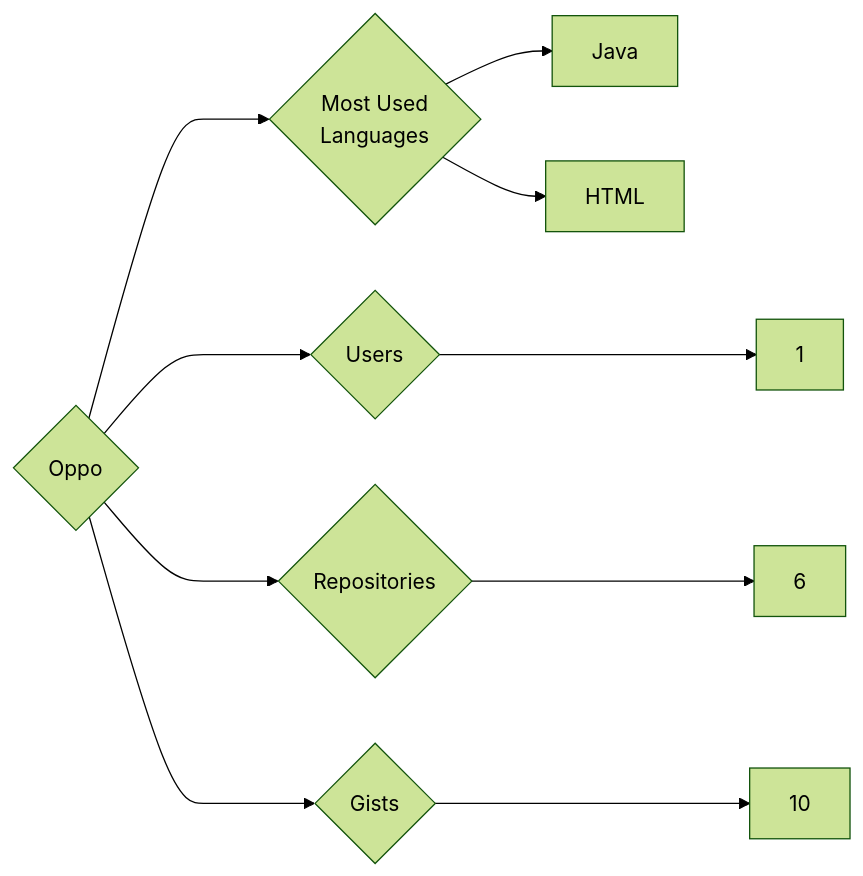
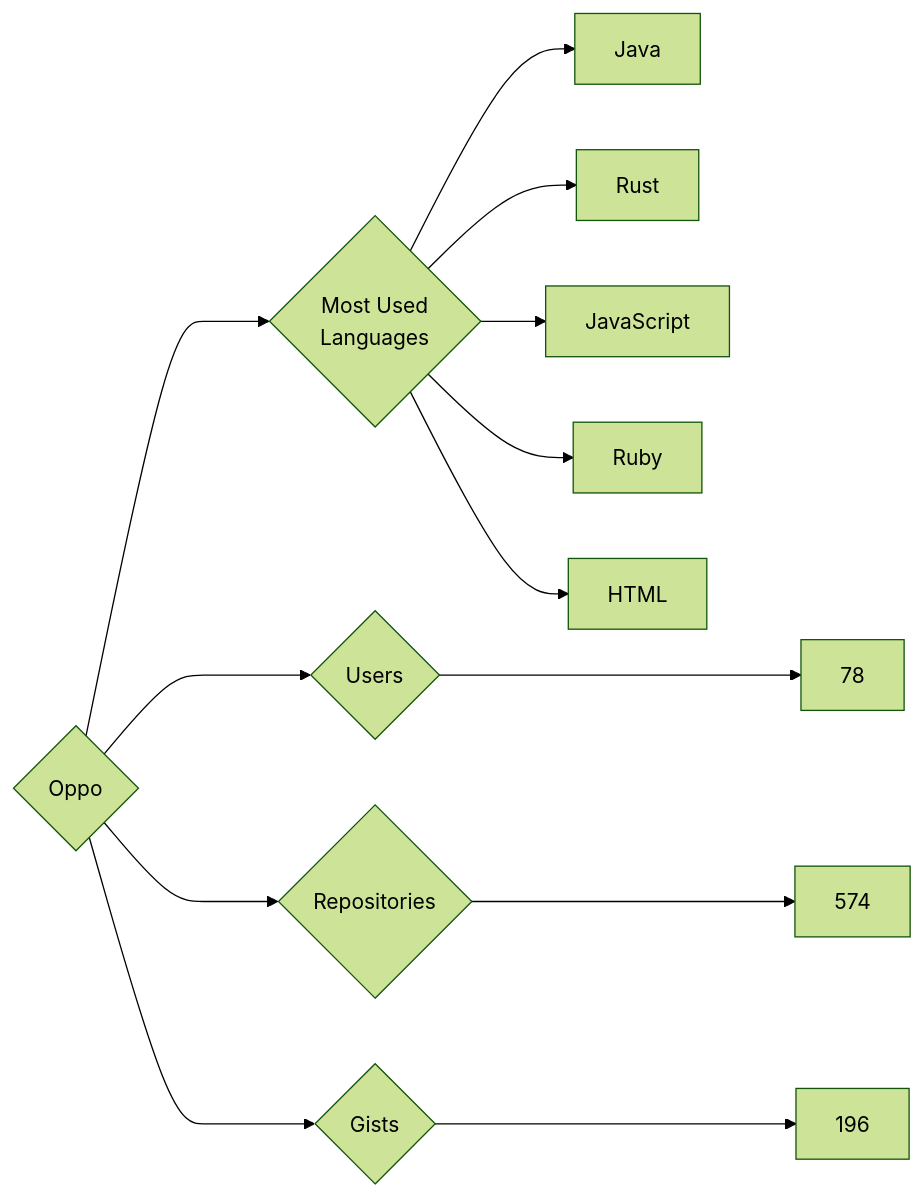
The diagram in targets/Oppo/README.md (trickest/insiders), drawn with Mermaid (forest theme) before and after one commit. The commit also changed 773 other files, not shown here.

````diff
--- a/targets/Oppo/README.md
+++ b/targets/Oppo/README.md
@@ -3,10 +3,13 @@
 ```mermaid
 graph LR
 COMPANY_NAME{Oppo}
-COMPANY_NAME ---> U{Users} ---> UN[1]
-COMPANY_NAME ---> R{Repositories} ---> RN[6]
-COMPANY_NAME ---> G{Gists} ---> GN[10]
+COMPANY_NAME ---> U{Users} ---> UN[78]
+COMPANY_NAME ---> R{Repositories} ---> RN[574]
+COMPANY_NAME ---> G{Gists} ---> GN[196]
 COMPANY_NAME ---> ML{Most Used<br>Languages}
 ML --> Java[Java]
+ML --> Rust[Rust]
+ML --> JavaScript[JavaScript]
+ML --> Ruby[Ruby]
 ML --> HTML[HTML]
 ```
````
